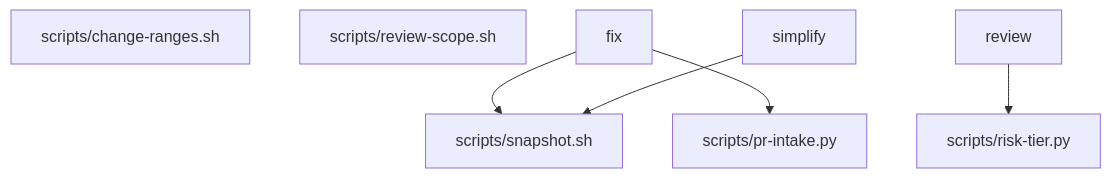
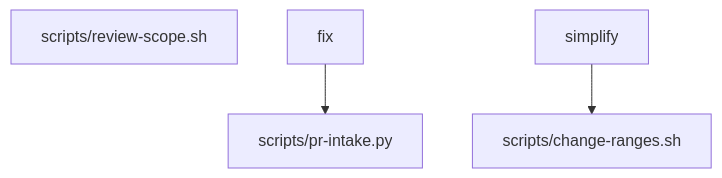
One commit to alecegg/varde changed the fourth of 6 diagrams in skills/varde-review/FLOW.md. Above: the diagram before and after it, drawn with Mermaid. The commit also changed other lines of this file and 1293 other files, not shown here.

````diff
--- a/skills/varde-review/FLOW.md
+++ b/skills/varde-review/FLOW.md
@@ -109,15 +58,10 @@
 ```mermaid
 flowchart TD
   n0["scripts/change-ranges.sh"]
   n1["scripts/pr-intake.py"]
   n2["scripts/review-scope.sh"]
-  n3["scripts/risk-tier.py"]
-  n4["scripts/snapshot.sh"]
-  n5["fix"]
-  n6["review"]
-  n7["simplify"]
-  n5 --> n4
-  n5 --> n1
-  n6 --> n3
-  n7 --> n4
+  n3["fix"]
+  n4["simplify"]
+  n3 --> n1
+  n4 --> n0
 ```
````
